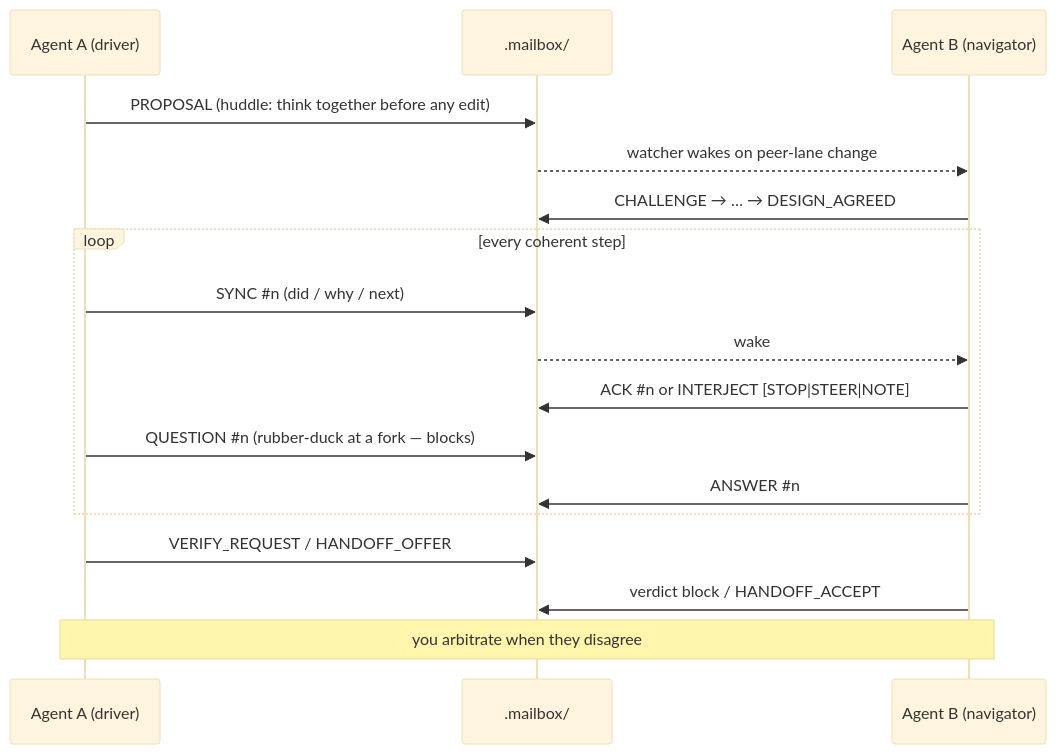
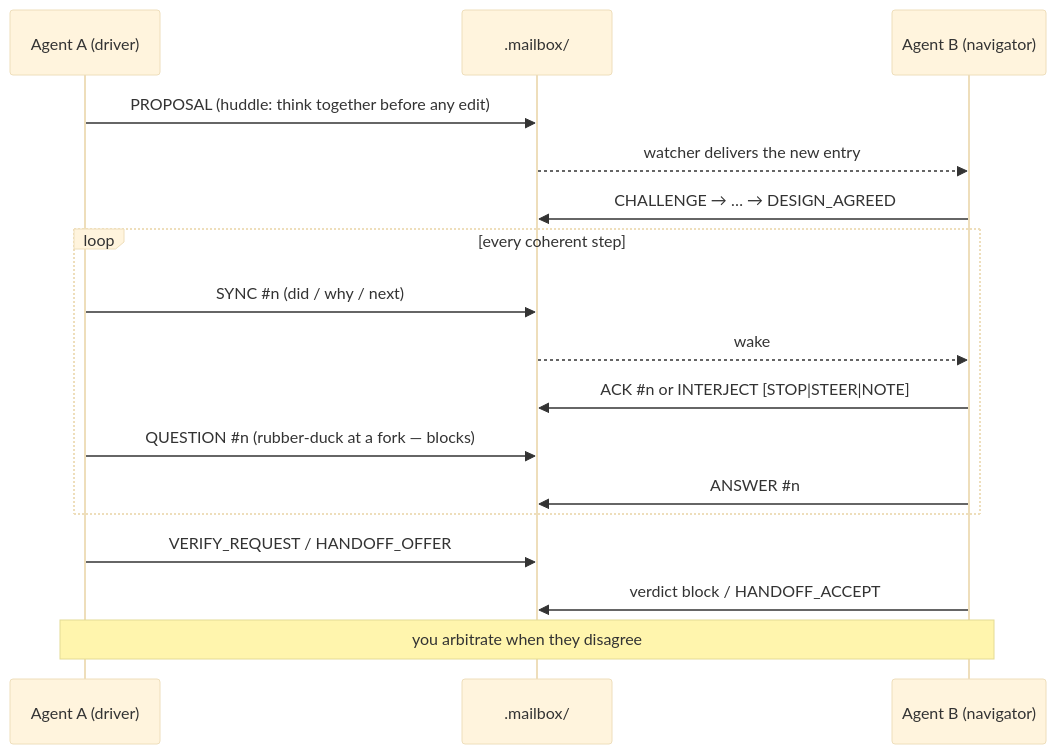
Before and after one commit to David-c0degeek/cocopilot: the diagram in README.md, drawn with Mermaid (base theme). The commit also changed other lines of this file and 20 other files, not shown here.

````diff
--- a/README.md
+++ b/README.md
@@ -85,19 +85,19 @@
 ```mermaid
 sequenceDiagram
     participant A as Agent A (driver)
     participant M as .mailbox/
     participant B as Agent B (navigator)
     A->>M: PROPOSAL (huddle: think together before any edit)
-    M-->>B: watcher wakes on peer-lane change
+    M-->>B: watcher delivers the new entry
     B->>M: CHALLENGE → … → DESIGN_AGREED
     loop every coherent step
         A->>M: SYNC #35;n (did / why / next)
         M-->>B: wake
         B->>M: ACK #35;n or INTERJECT [STOP|STEER|NOTE]
         A->>M: QUESTION #35;n (rubber-duck at a fork — blocks)
         B->>M: ANSWER #35;n
     end
     A->>M: VERIFY_REQUEST / HANDOFF_OFFER
     B->>M: verdict block / HANDOFF_ACCEPT
     Note over A,B: you arbitrate when they disagree
 ```
````
